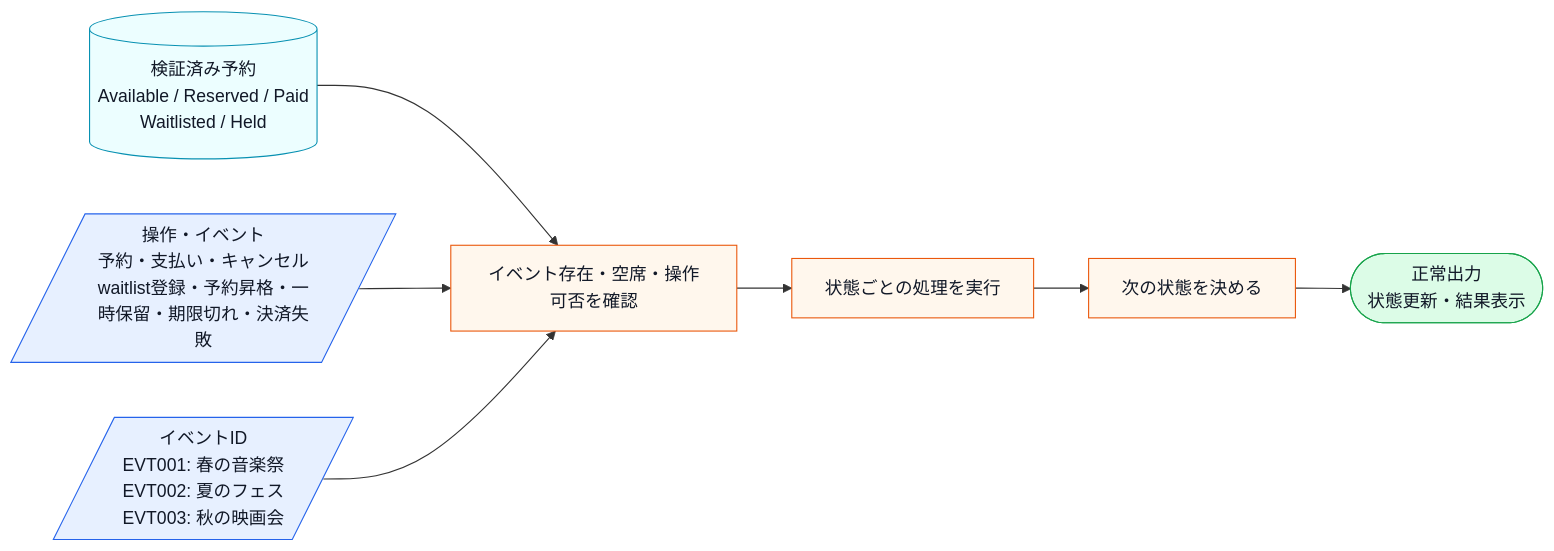
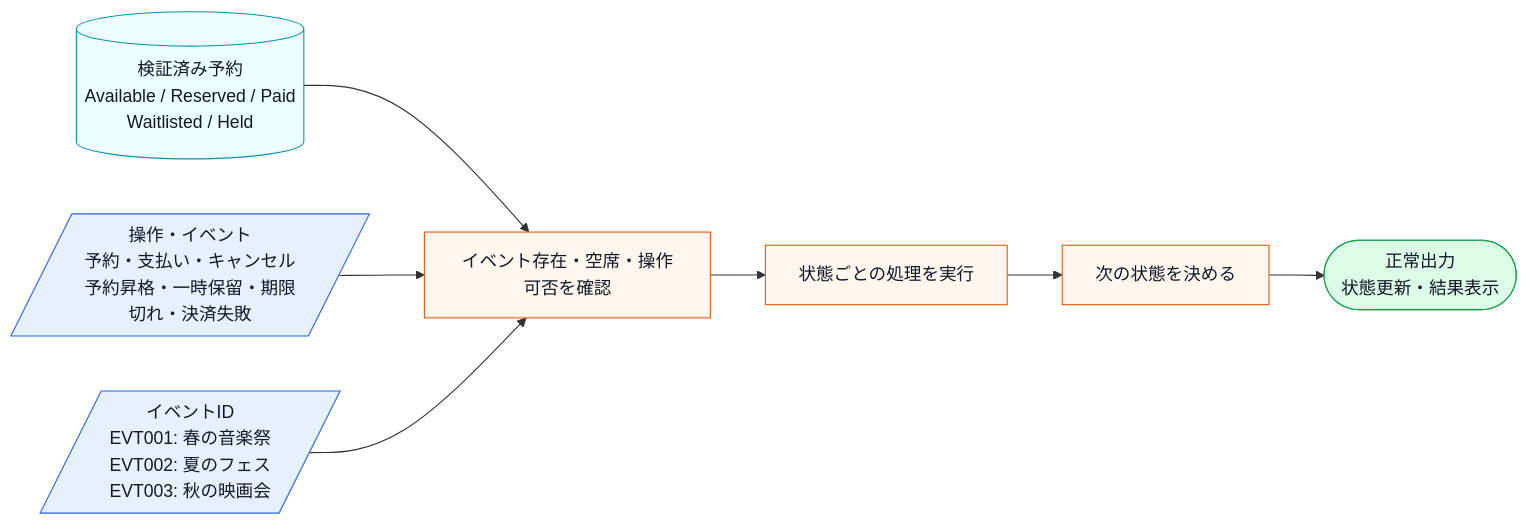
Before and after one commit to kumachan1101-pixel/DesignPattern: the eighth of 23 diagrams in kindle/design-patterns/output/chapter03.md, drawn with Mermaid. The commit also changed other lines of this file and 21 other files, not shown here.

````diff
--- a/kindle/design-patterns/output/chapter03.md
+++ b/kindle/design-patterns/output/chapter03.md
@@ -753,15 +762,15 @@
 ```mermaid
 flowchart LR
     A[(検証済み予約<br>Available / Reserved / Paid<br>Waitlisted / Held)]:::data --> B[イベント存在・空席・操作可否を確認]:::process
-    C[/操作・イベント<br>予約・支払い・キャンセル<br>waitlist登録・予約昇格・一時保留・期限切れ・決済失敗/]:::input --> B
+    C[/操作・イベント<br>予約・支払い・キャンセル<br>予約昇格・一時保留・期限切れ・決済失敗/]:::input --> B
     D[/イベントID<br>EVT001: 春の音楽祭<br>EVT002: 夏のフェス<br>EVT003: 秋の映画会/]:::input --> B
     B --> F[状態ごとの処理を実行]:::process
     F --> G[次の状態を決める]:::process
     G --> H([正常出力<br>状態更新・結果表示]):::normal
 
     classDef data fill:#ecfeff,stroke:#0891b2,color:#111827;
     classDef input fill:#e7f0ff,stroke:#2563eb,color:#111827;
     classDef process fill:#fff7ed,stroke:#ea580c,color:#111827;
     classDef decision fill:#fef9c3,stroke:#ca8a04,color:#111827;
     classDef normal fill:#dcfce7,stroke:#16a34a,color:#111827;
 ```
````
